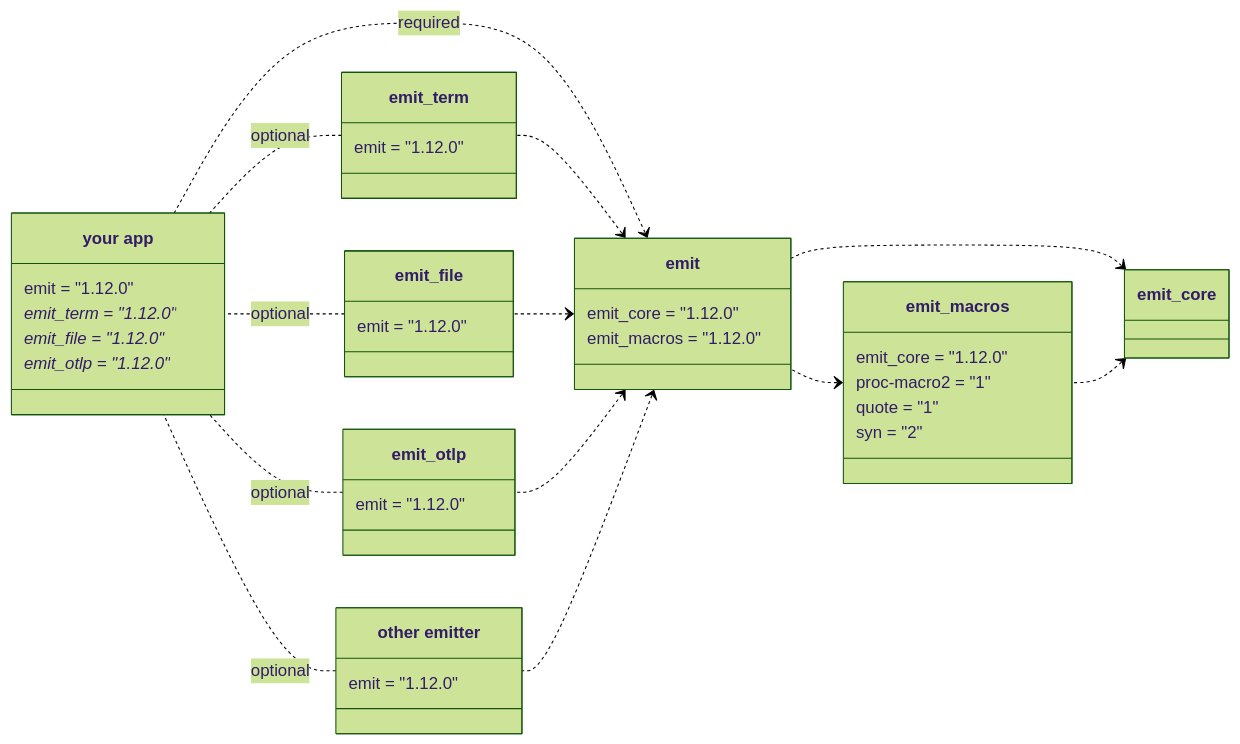
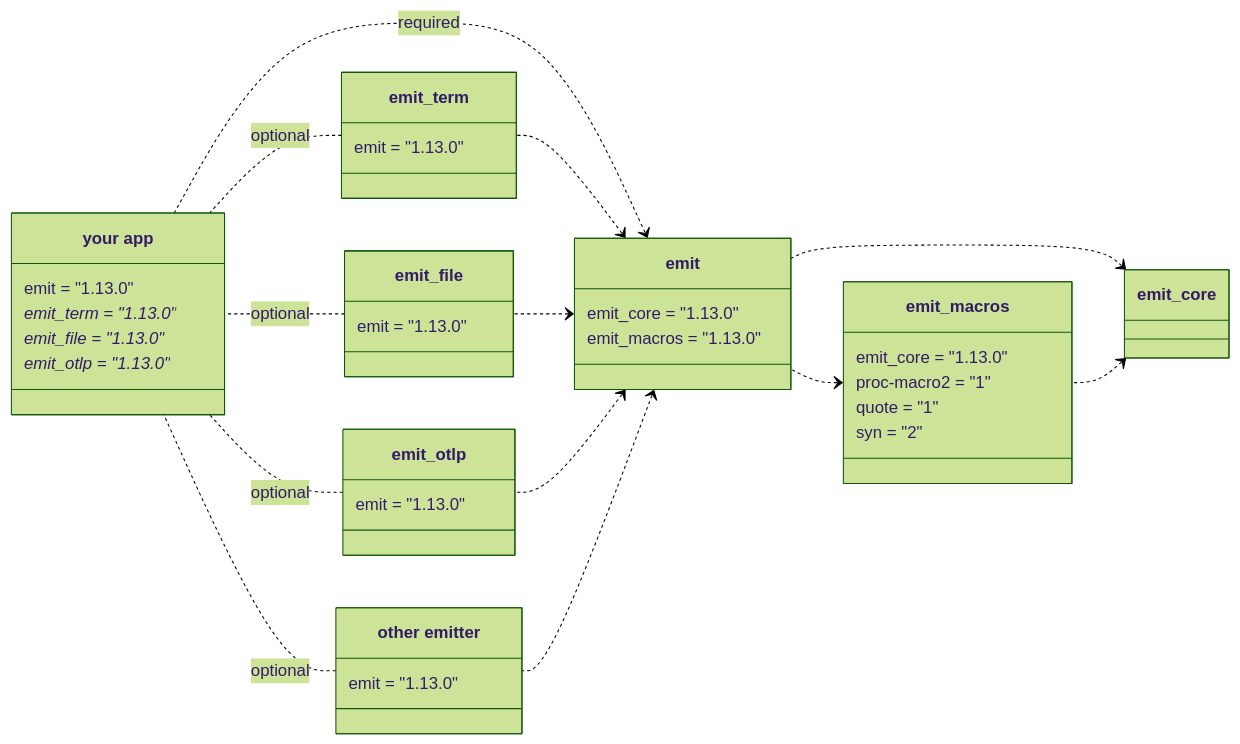
The first of 5 diagrams in book/src/reference/architecture.md (emit-rs/emit), drawn with Mermaid (forest theme) before and after one commit. The commit also changed other lines of this file and 64 other files, not shown here.

````diff
--- a/book/src/reference/architecture.md
+++ b/book/src/reference/architecture.md
@@ -9,62 +9,62 @@
 ```mermaid
 classDiagram
     direction RL
     
     emit_core <.. emit_macros
     emit_core <.. emit
     emit_macros <.. emit
 
     class emit_macros {
-        emit_core = "1.12.0"
+        emit_core = "1.13.0"
         proc-macro2 = "1"
         quote = "1"
         syn = "2"
     }
 
     emit <.. emit_term
     emit <.. emit_file
     emit <.. emit_otlp
     emit <.. emit_custom
 
     emit <.. app : required
 
     class emit {
-        emit_core = "1.12.0"
-        emit_macros = "1.12.0"
+        emit_core = "1.13.0"
+        emit_macros = "1.13.0"
     }
 
     emit_term .. app : optional
     emit_file .. app : optional
     emit_otlp .. app : optional
     emit_custom .. app : optional
 
     class emit_term {
-        emit = "1.12.0"
+        emit = "1.13.0"
     }
 
     class emit_file {
-        emit = "1.12.0"
+        emit = "1.13.0"
     }
 
     class emit_otlp {
-        emit = "1.12.0"
+        emit = "1.13.0"
     }
 
     class emit_custom["other emitter"] {
-        emit = "1.12.0"
+        emit = "1.13.0"
     }
 
     class app["your app"] {
-        emit = "1.12.0"
-        emit_term = "1.12.0"*
-        emit_file = "1.12.0"*
-        emit_otlp = "1.12.0"*
+        emit = "1.13.0"
+        emit_term = "1.13.0"*
+        emit_file = "1.13.0"*
+        emit_otlp = "1.13.0"*
     }
 
-    click emit_core href "https://docs.rs/emit_core/1.12.0/emit_core/index.html"
-    click emit_macros href "https://docs.rs/emit_macros/1.12.0/emit_macros/index.html"
-    click emit href "https://docs.rs/emit/1.12.0/emit/index.html"
-    click emit_term href "https://docs.rs/emit_term/1.12.0/emit_term/index.html"
-    click emit_file href "https://docs.rs/emit_file/1.12.0/emit_file/index.html"
-    click emit_otlp href "https://docs.rs/emit_otlp/1.12.0/emit_otlp/index.html"
+    click emit_core href "https://docs.rs/emit_core/1.13.0/emit_core/index.html"
+    click emit_macros href "https://docs.rs/emit_macros/1.13.0/emit_macros/index.html"
+    click emit href "https://docs.rs/emit/1.13.0/emit/index.html"
+    click emit_term href "https://docs.rs/emit_term/1.13.0/emit_term/index.html"
+    click emit_file href "https://docs.rs/emit_file/1.13.0/emit_file/index.html"
+    click emit_otlp href "https://docs.rs/emit_otlp/1.13.0/emit_otlp/index.html"
 ```
````
